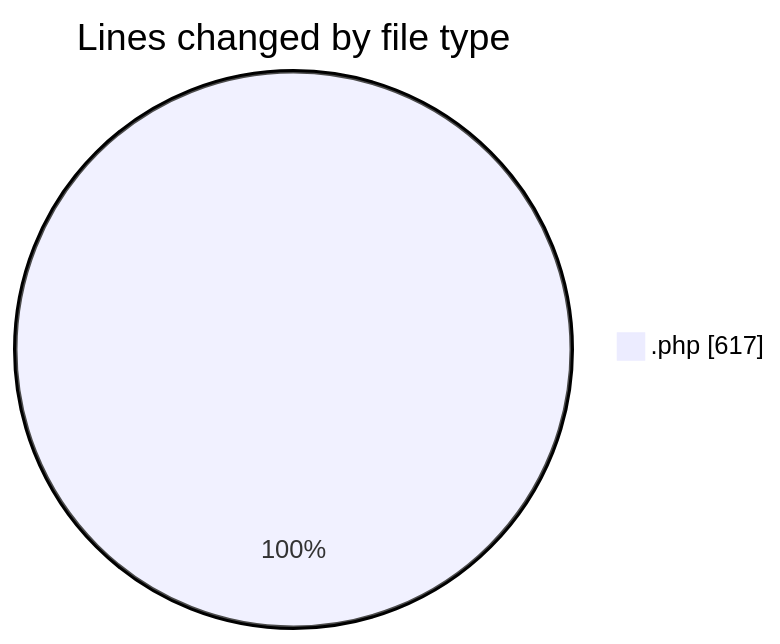
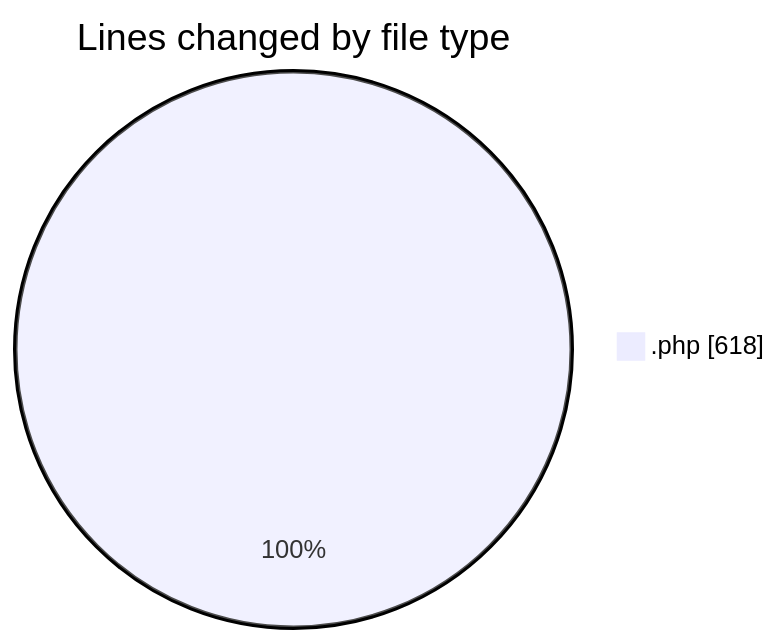
The first of 2 diagrams in 2025-09-24/plugins/README.md (debugP/code-tracking), drawn with Mermaid before and after one commit. The commit also changed other lines of this file and 1 other file, not shown here.

````diff
--- a/2025-09-24/plugins/README.md
+++ b/2025-09-24/plugins/README.md
@@ -20,5 +20,5 @@
 ```mermaid
 pie showData
 title Lines changed by file type
-".php" : 617
+".php" : 618
 ```
````
